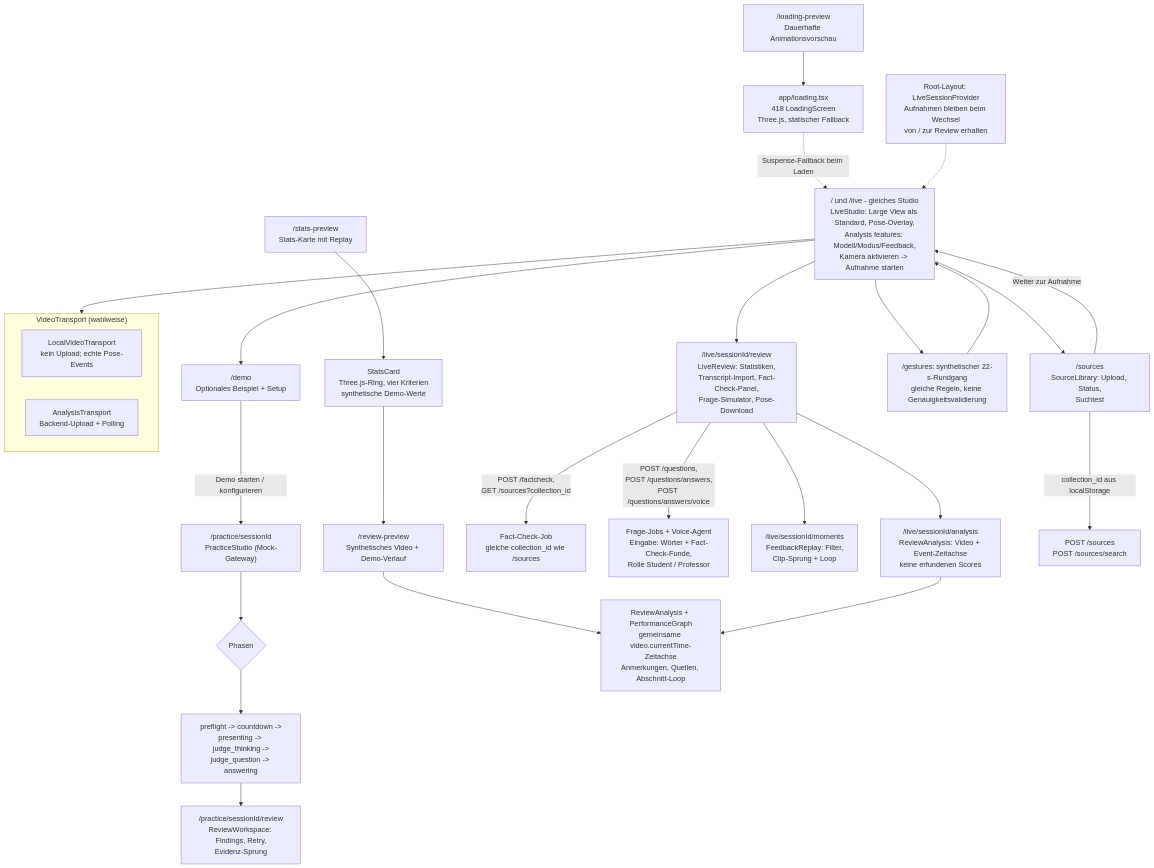
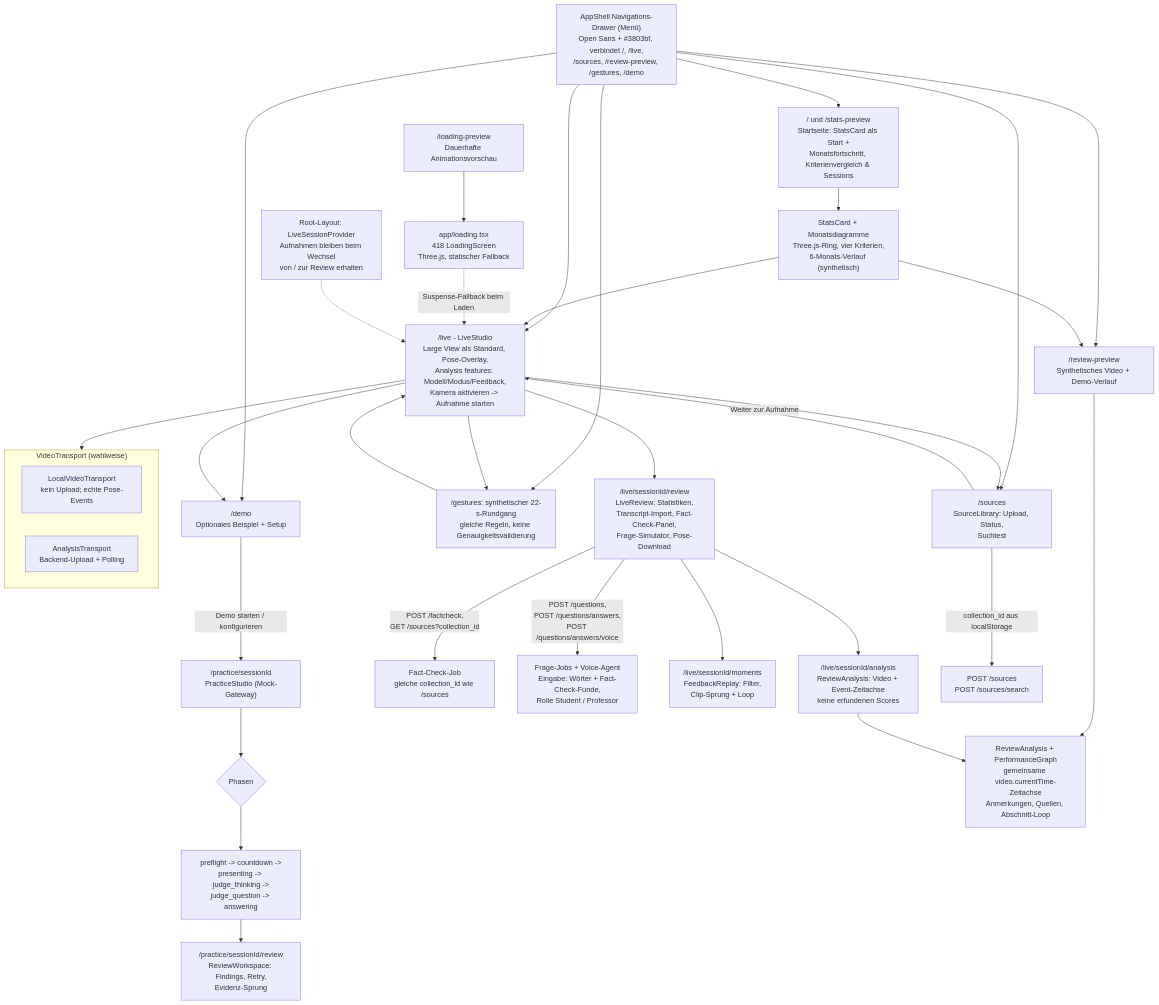
The seventh of 11 diagrams in docs/03-architecture.md (johannes3502/hackathon-fulda), drawn with Mermaid before and after one commit. The commit also changed 14 other files, not shown here.

Commit message:
Make stats card the home page with monthly progress charts and navigation drawer

````diff
--- a/docs/03-architecture.md
+++ b/docs/03-architecture.md
@@ -339,36 +339,44 @@
 ```mermaid
 flowchart TD
+    DRAWER["AppShell Navigations-Drawer (Menü)<br/>Open Sans + #3803bf, verbindet /, /live,<br/>/sources, /review-preview, /gestures, /demo"]
     LOADING["app/loading.tsx<br/>418 LoadingScreen<br/>Three.js, statischer Fallback"]
     LP["/loading-preview<br/>Dauerhafte Animationsvorschau"] --> LOADING
-    SP["/stats-preview<br/>Stats-Karte mit Replay"] --> SC["StatsCard<br/>Three.js-Ring, vier Kriterien<br/>synthetische Demo-Werte"]
+    SP["/ und /stats-preview<br/>Startseite: StatsCard als Start +<br/>Monatsfortschritt, Kriterienvergleich & Sessions"] --> SC["StatsCard + Monatsdiagramme<br/>Three.js-Ring, vier Kriterien,<br/>6-Monats-Verlauf (synthetisch)"]
+    DRAWER --> SP
+    DRAWER --> LIVE
+    DRAWER --> SRC
+    DRAWER --> RP
+    DRAWER --> WALK
+    DRAWER --> DEMOPAGE
     SC --> RP["/review-preview<br/>Synthetisches Video + Demo-Verlauf"]
+    SC --> LIVE
     LOADING -. "Suspense-Fallback beim Laden" .-> LIVE
-    LIVE["/ und /live - gleiches Studio<br/>LiveStudio: Large View als Standard, Pose-Overlay,<br/>Analysis features: Modell/Modus/Feedback,<br/>Kamera aktivieren -> Aufnahme starten"]
+    LIVE["/live - LiveStudio<br/>Large View als Standard, Pose-Overlay,<br/>Analysis features: Modell/Modus/Feedback,<br/>Kamera aktivieren -> Aufnahme starten"]
     STORE["Root-Layout: LiveSessionProvider<br/>Aufnahmen bleiben beim Wechsel<br/>von / zur Review erhalten"] -.-> LIVE
     LIVE --> DEMOPAGE["/demo<br/>Optionales Beispiel + Setup"]
     DEMOPAGE -->|"Demo starten / konfigurieren"| PRAC["/practice/sessionId<br/>PracticeStudio (Mock-Gateway)"]
     LIVE --> SRC["/sources<br/>SourceLibrary: Upload, Status,<br/>Suchtest"]
     SRC -->|"Weiter zur Aufnahme"| LIVE
     LIVE --> WALK["/gestures: synthetischer 22-s-Rundgang<br/>gleiche Regeln, keine Genauigkeitsvalidierung"]
     WALK --> LIVE
 
     PRAC --> STATE{"Phasen"}
     STATE --> P1["preflight -> countdown -><br/>presenting -> judge_thinking -><br/>judge_question -> answering"]
     P1 --> PREV["/practice/sessionId/review<br/>ReviewWorkspace: Findings, Retry,<br/>Evidenz-Sprung"]
 
     LIVE --> LREV["/live/sessionId/review<br/>LiveReview: Statistiken,<br/>Transcript-Import, Fact-Check-Panel,<br/>Frage-Simulator, Pose-Download"]
     LREV -->|"POST /factcheck,<br/>GET /sources?collection_id"| FCAPI["Fact-Check-Job<br/>gleiche collection_id wie /sources"]
     LREV -->|"POST /questions,<br/>POST /questions/answers,<br/>POST /questions/answers/voice"| QAPI["Frage-Jobs + Voice-Agent<br/>Eingabe: Wörter + Fact-Check-Funde,<br/>Rolle Student / Professor"]
     LREV --> MOM["/live/sessionId/moments<br/>FeedbackReplay: Filter,<br/>Clip-Sprung + Loop"]
     LREV --> LA["/live/sessionId/analysis<br/>ReviewAnalysis: Video + Event-Zeitachse<br/>keine erfundenen Scores"]
     RP --> RA["ReviewAnalysis + PerformanceGraph<br/>gemeinsame video.currentTime-Zeitachse<br/>Anmerkungen, Quellen, Abschnitt-Loop"]
     LA --> RA
 
     SRC -->|"collection_id aus localStorage"| UPLOAD["POST /sources<br/>POST /sources/search"]
 
     subgraph Transport["VideoTransport (wahlweise)"]
         DEMO["LocalVideoTransport<br/>kein Upload; echte Pose-Events"]
         ANA["AnalysisTransport<br/>Backend-Upload + Polling"]
     end
     LIVE --> Transport
 ```
````
